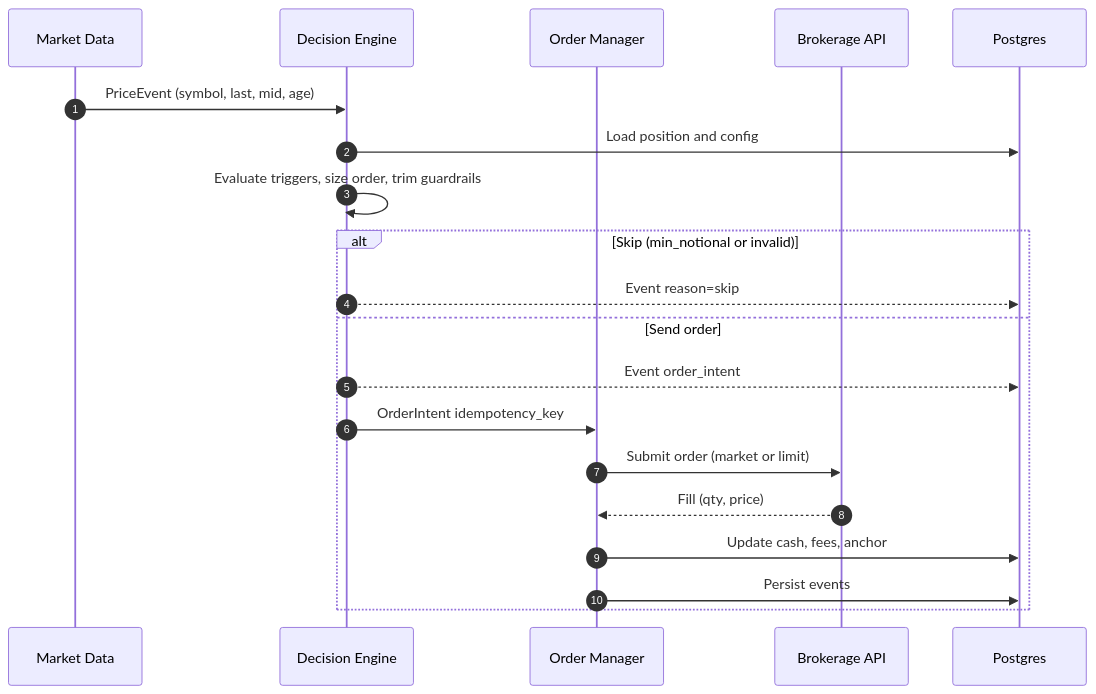
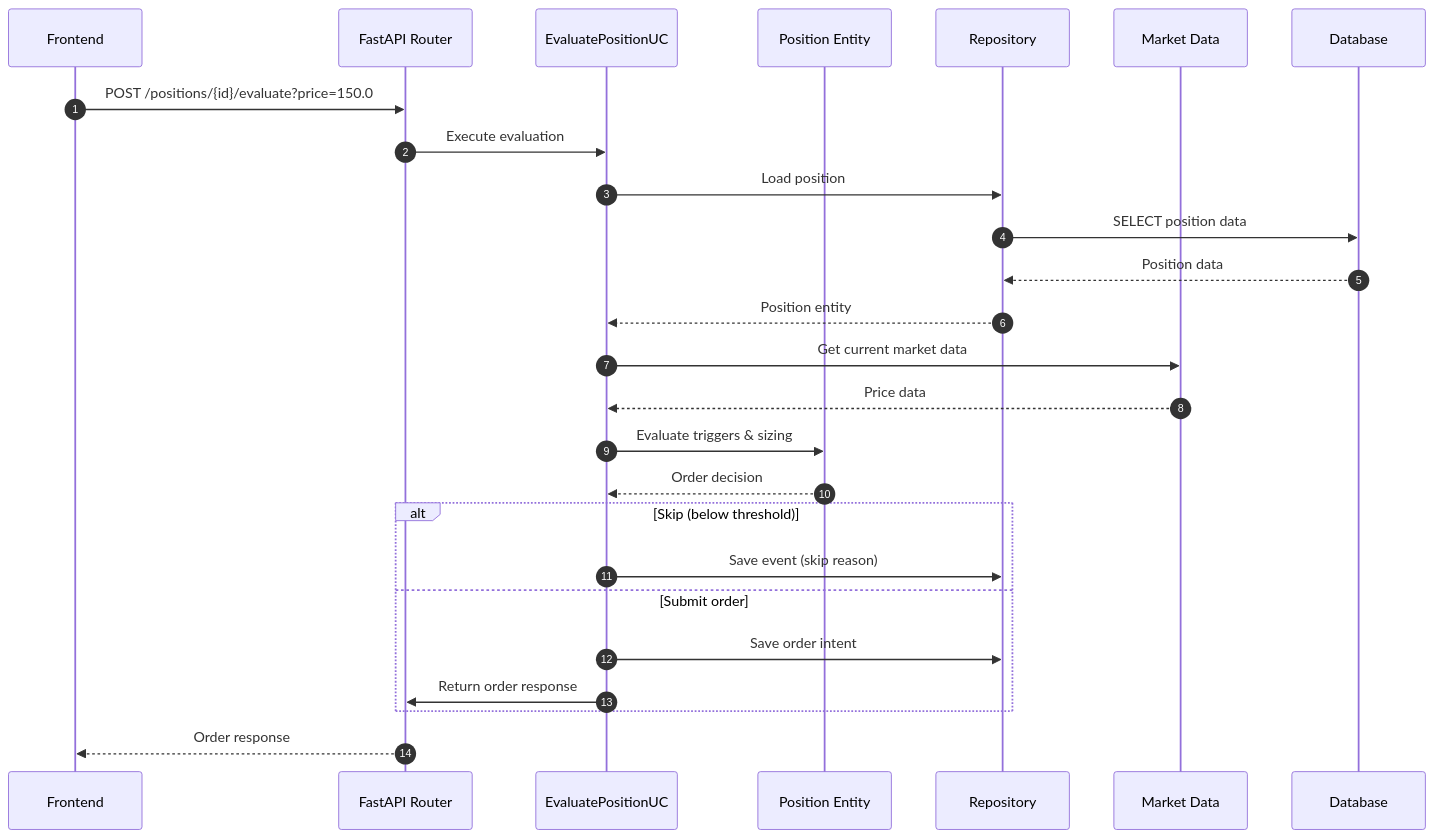
Before and after one commit to iharari2/Volatility-Balancing: the second of 5 diagrams in docs/architecture/system_architecture_v1.md, drawn with Mermaid. The commit also changed other lines of this file and 31 other files, not shown here.

````diff
--- a/docs/architecture/system_architecture_v1.md
+++ b/docs/architecture/system_architecture_v1.md
@@ -81,23 +77,29 @@
 ```mermaid
 sequenceDiagram
   autonumber
-  participant MD as Market Data
-  participant DEC as Decision Engine
-  participant ORD as Order Manager
-  participant BRK as Brokerage API
-  participant DB as Postgres
+  participant FE as Frontend
+  participant API as FastAPI Router
+  participant UC as EvaluatePositionUC
+  participant POS as Position Entity
+  participant REPO as Repository
+  participant MKT as Market Data
+  participant DB as Database
 
-  MD->>DEC: PriceEvent (symbol, last, mid, age)
-  DEC->>DB: Load position and config
-  DEC->>DEC: Evaluate triggers, size order, trim guardrails
-  alt Skip (min_notional or invalid)
-    DEC-->>DB: Event reason=skip
-  else Send order
-    DEC-->>DB: Event order_intent
-    DEC->>ORD: OrderIntent idempotency_key
-    ORD->>BRK: Submit order (market or limit)
-    BRK-->>ORD: Fill (qty, price)
-    ORD->>DB: Update cash, fees, anchor
-    ORD->>DB: Persist events
+  FE->>API: POST /positions/{id}/evaluate?price=150.0
+  API->>UC: Execute evaluation
+  UC->>REPO: Load position
+  REPO->>DB: SELECT position data
+  DB-->>REPO: Position data
+  REPO-->>UC: Position entity
+  UC->>MKT: Get current market data
+  MKT-->>UC: Price data
+  UC->>POS: Evaluate triggers & sizing
+  POS-->>UC: Order decision
+  alt Skip (below threshold)
+    UC->>REPO: Save event (skip reason)
+  else Submit order
+    UC->>REPO: Save order intent
+    UC->>API: Return order response
   end
+  API-->>FE: Order response
 ```
````
